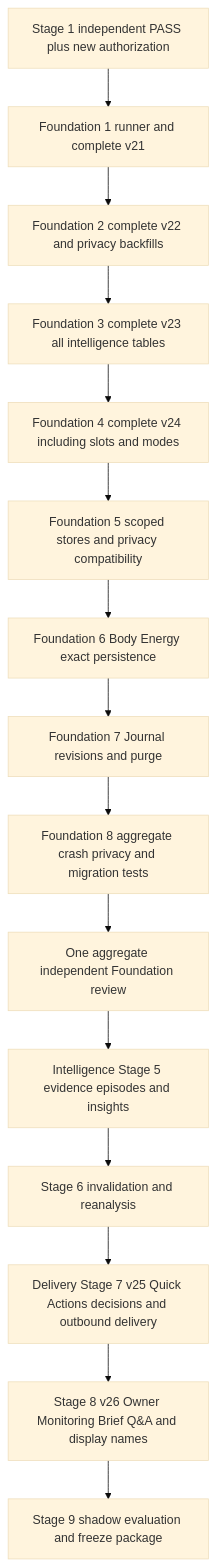
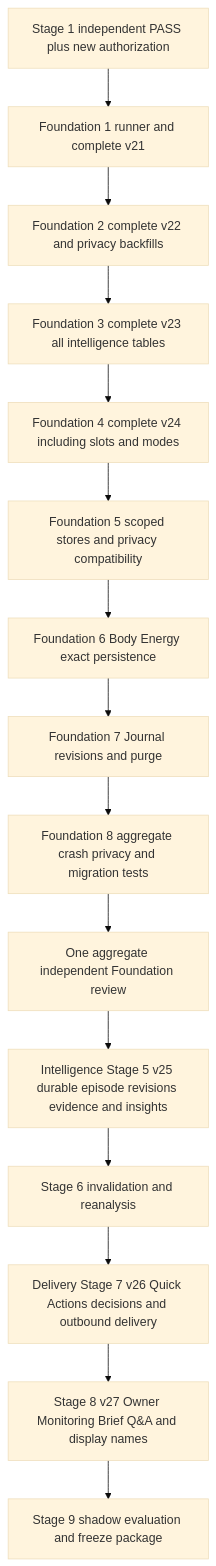
One commit to enjoyfulwen0204-eng/whoop-briefing changed the sixth of 6 diagrams in docs/phase4-architecture.md. Above: the diagram before and after it, drawn with Mermaid (base theme). The commit also changed other lines of this file and 5 other files, not shown here.

Commit message:
docs(stage5): revise Phase 4 schema allocation and record RC4 proof

```diff
--- a/docs/phase4-architecture.md
+++ b/docs/phase4-architecture.md
@@ -3578,17 +3596,17 @@
 ~~~mermaid
 flowchart TD
     S1[Stage 1 independent PASS plus new authorization] --> F1[Foundation 1 runner and complete v21]
     F1 --> F2[Foundation 2 complete v22 and privacy backfills]
     F2 --> F3[Foundation 3 complete v23 all intelligence tables]
     F3 --> F4[Foundation 4 complete v24 including slots and modes]
     F4 --> F5[Foundation 5 scoped stores and privacy compatibility]
     F5 --> F6[Foundation 6 Body Energy exact persistence]
     F6 --> F7[Foundation 7 Journal revisions and purge]
     F7 --> F8[Foundation 8 aggregate crash privacy and migration tests]
     F8 --> FG[One aggregate independent Foundation review]
-    FG --> S5[Intelligence Stage 5 evidence episodes and insights]
+    FG --> S5[Intelligence Stage 5 v25 durable episode revisions evidence and insights]
     S5 --> S6[Stage 6 invalidation and reanalysis]
-    S6 --> S7[Delivery Stage 7 v25 Quick Actions decisions and outbound delivery]
-    S7 --> S8[Stage 8 v26 Owner Monitoring Brief Q&A and display names]
+    S6 --> S7[Delivery Stage 7 v26 Quick Actions decisions and outbound delivery]
+    S7 --> S8[Stage 8 v27 Owner Monitoring Brief Q&A and display names]
     S8 --> S9[Stage 9 shadow evaluation and freeze package]
 ~~~
```
